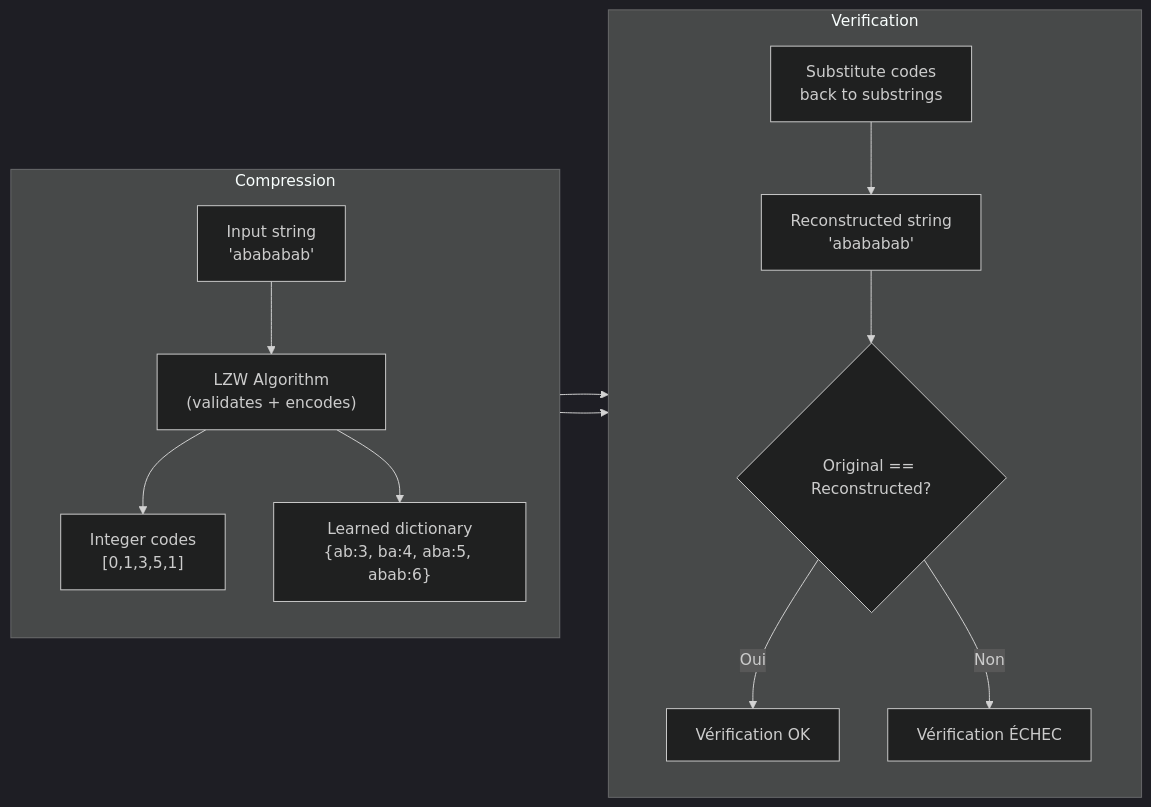
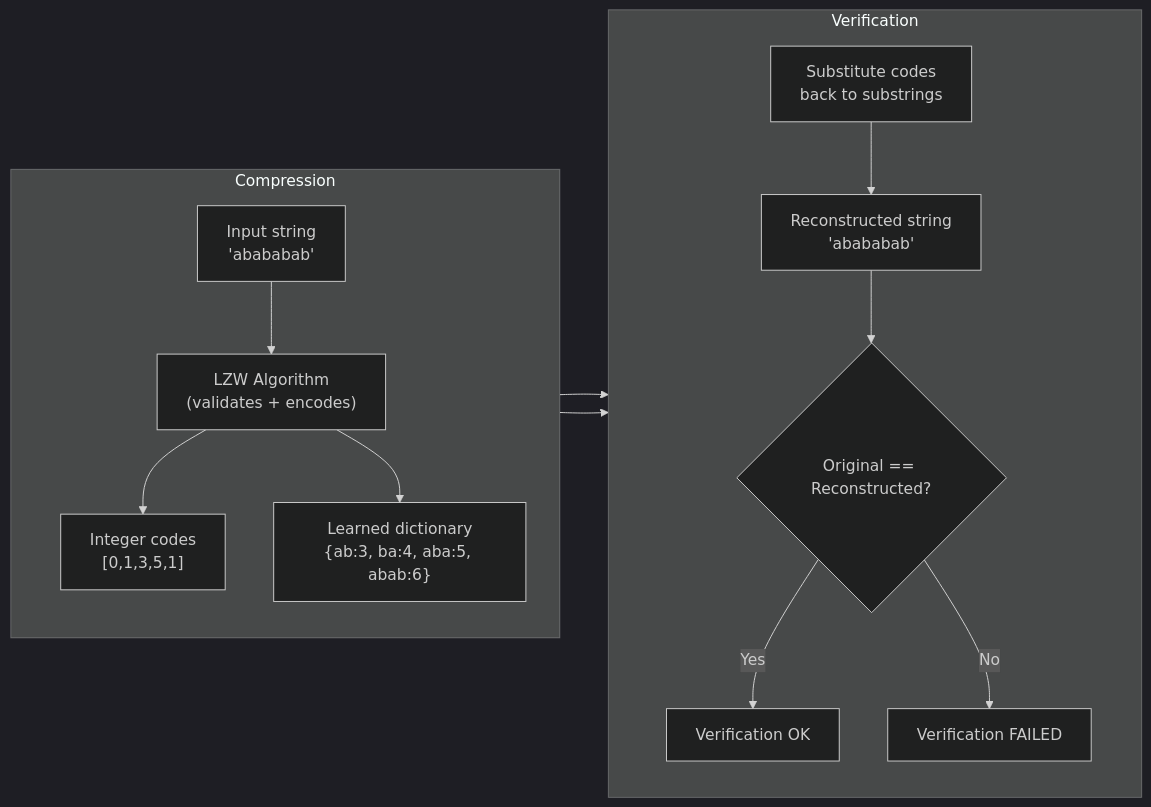
The second of 2 diagrams in lzw_project_walkthrough.md (Ki0taka/LZW-compression), drawn with Mermaid (dark theme) before and after one commit. The commit also changed other lines of this file and 3 other files, not shown here.

````diff
--- a/lzw_project_walkthrough.md
+++ b/lzw_project_walkthrough.md
@@ -279,19 +279,19 @@
 ```mermaid
 flowchart LR
     subgraph Compression
         direction TB
         I["Input string\n'abababab'"] --> ALG["LZW Algorithm\n(validates + encodes)"]
         ALG --> C["Integer codes\n[0,1,3,5,1]"]
         ALG --> D["Learned dictionary\n{ab:3, ba:4, aba:5, abab:6}"]
     end
 
     subgraph Verification
         direction TB
         C --> SUB["Substitute codes\nback to substrings"]
         D --> SUB
         SUB --> R["Reconstructed string\n'abababab'"]
         R --> V{"Original == Reconstructed?"}
-        V -->|Oui| OK["Vérification OK"]
-        V -->|Non| FAIL["Vérification ÉCHEC"]
+        V -->|Yes| OK["Verification OK"]
+        V -->|No| FAIL["Verification FAILED"]
     end
 ```
````
